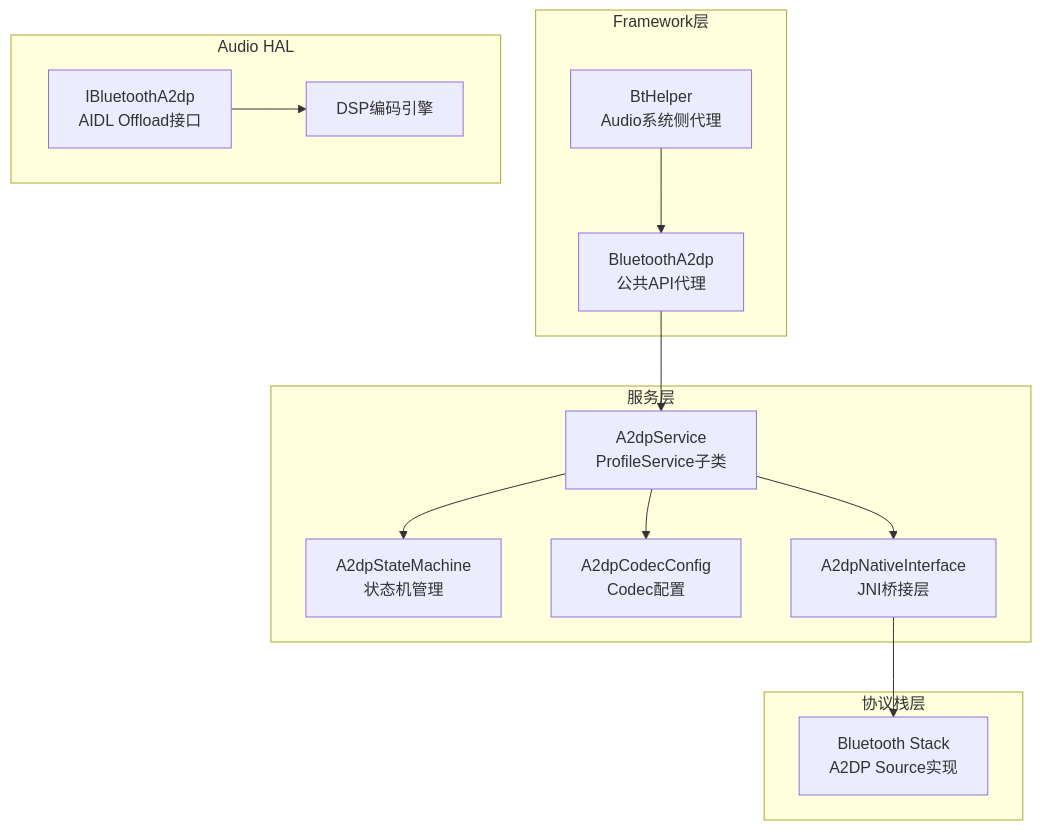
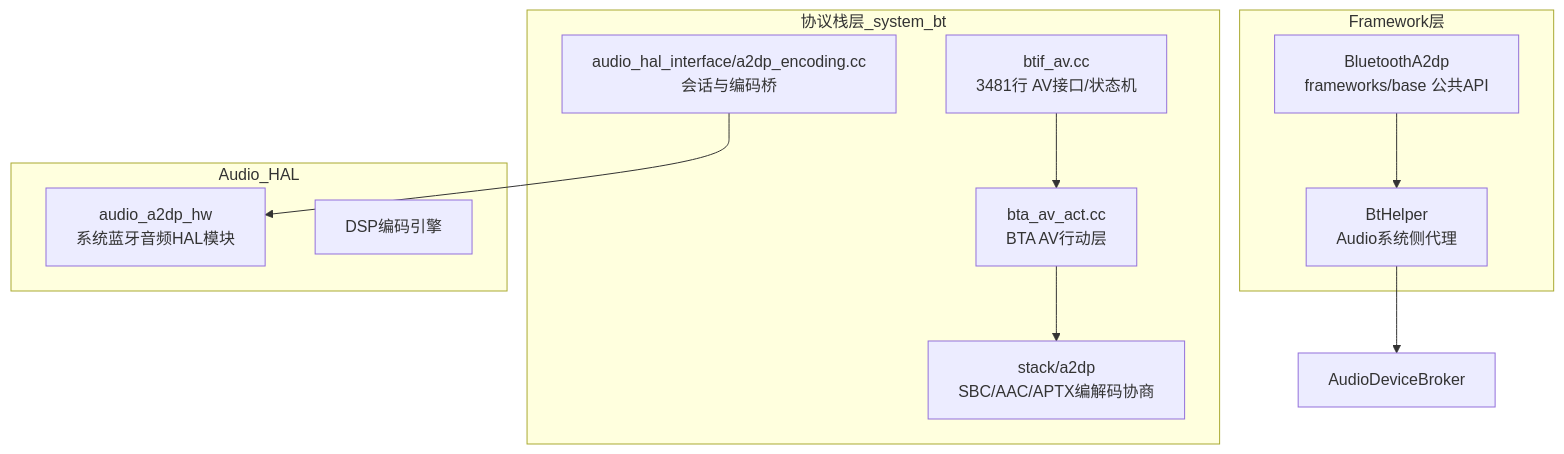
One commit to yanglinzhen1022/SA8295_AAOS_QNX_Audio_KnowledgeBase changed the first of 7 diagrams in 14_Bluetooth_Audio/14_14.2_A2DP-高级音频分发协议.md. Above: the diagram before and after it, drawn with Mermaid. The commit also changed other lines of this file and 11 other files, not shown here.

````diff
--- a/14_Bluetooth_Audio/14_14.2_A2DP-高级音频分发协议.md
+++ b/14_Bluetooth_Audio/14_14.2_A2DP-高级音频分发协议.md
@@ -11,31 +13,25 @@
 ```mermaid
 graph TB
     subgraph Framework层
-        BA2[BluetoothA2dp<br>公共API代理]
+        BA2[BluetoothA2dp<br>frameworks/base 公共API]
         BTH[BtHelper<br>Audio系统侧代理]
     end
 
-    subgraph 服务层
-        A2DP_SVC[A2dpService<br>ProfileService子类]
-        A2DP_SM[A2dpStateMachine<br>状态机管理]
-        A2DP_CODEC[A2dpCodecConfig<br>Codec配置]
-        A2DP_NI[A2dpNativeInterface<br>JNI桥接层]
+    subgraph 协议栈层_system_bt
+        BTIF[btif_av.cc<br>3481行 AV接口/状态机]
+        BTA[bta_av_act.cc<br>BTA AV行动层]
+        STACK[stack/a2dp<br>SBC/AAC/APTX编解码协商]
+        HALIF[audio_hal_interface/a2dp_encoding.cc<br>会话与编码桥]
     end
 
-    subgraph 协议栈层
-        BT_STACK[Bluetooth Stack<br>A2DP Source实现]
-    end
-
-    subgraph Audio HAL
-        IBA2[IBluetoothA2dp<br>AIDL Offload接口]
+    subgraph Audio_HAL
+        A2DP_HW[audio_a2dp_hw<br>系统蓝牙音频HAL模块]
         DSP[DSP编码引擎]
     end
 
-    BA2 --> A2DP_SVC
-    BTH --> BA2
-    A2DP_SVC --> A2DP_SM
-    A2DP_SVC --> A2DP_CODEC
-    A2DP_SVC --> A2DP_NI
-    A2DP_NI --> BT_STACK
-    IBA2 --> DSP
+    BA2 --> BTH
+    BTH --> ADB[AudioDeviceBroker]
+    BTIF --> BTA
+    BTA --> STACK
+    HALIF --> A2DP_HW
 ```
````
